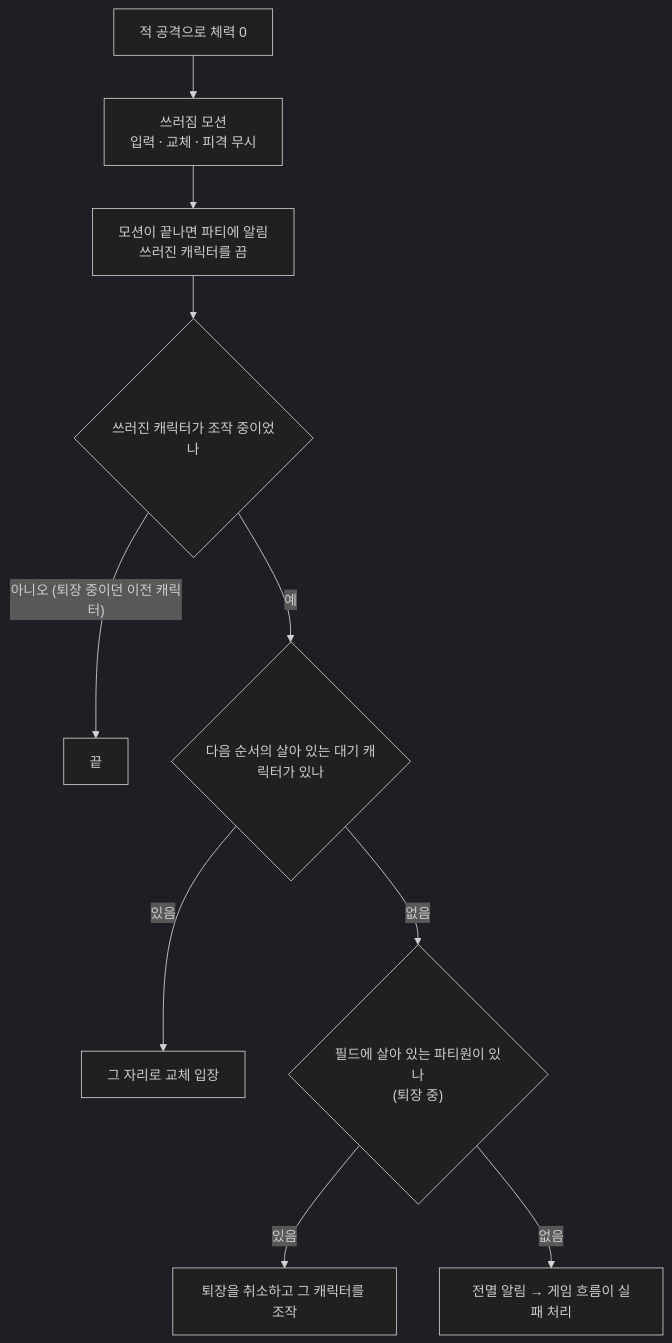
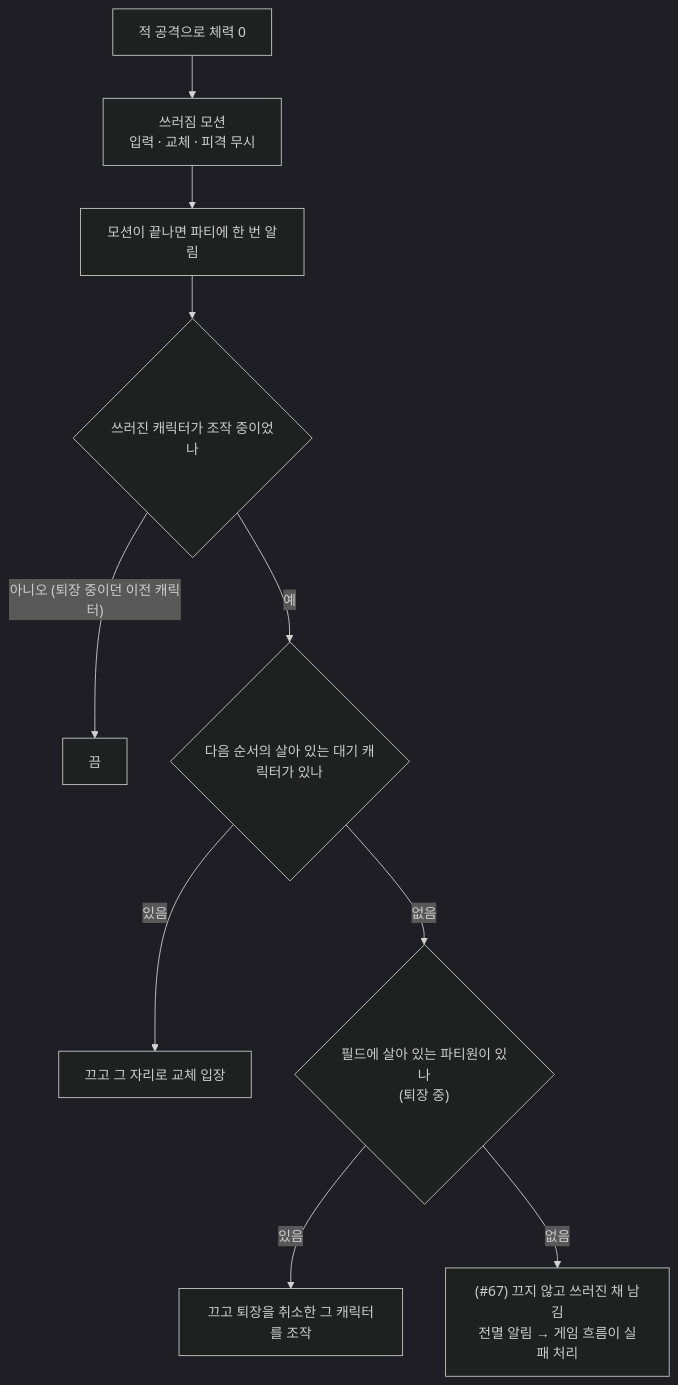
The fourth of 5 diagrams in Docs/Technical/Player/PlayerParty.md (SquashPrince/Develrocket_mp15_HHH), drawn with Mermaid (dark theme) before and after one commit. The commit also changed other lines of this file and 10 other files, not shown here.

````diff
--- a/Docs/Technical/Player/PlayerParty.md
+++ b/Docs/Technical/Player/PlayerParty.md
@@ -98,12 +98,12 @@
 ```mermaid
 flowchart TD
     H["적 공격으로 체력 0"] --> D["쓰러짐 모션<br>입력 · 교체 · 피격 무시"]
-    D --> E["모션이 끝나면 파티에 알림<br>쓰러진 캐릭터를 끔"]
+    D --> E["모션이 끝나면 파티에 한 번 알림"]
     E --> C{"쓰러진 캐릭터가 조작 중이었나"}
-    C -->|"아니오 (퇴장 중이던 이전 캐릭터)"| END["끝"]
+    C -->|"아니오 (퇴장 중이던 이전 캐릭터)"| END["끔"]
     C -->|"예"| S{"다음 순서의 살아 있는 대기 캐릭터가 있나"}
-    S -->|"있음"| IN["그 자리로 교체 입장"]
+    S -->|"있음"| IN["끄고 그 자리로 교체 입장"]
     S -->|"없음"| F{"필드에 살아 있는 파티원이 있나<br>(퇴장 중)"}
-    F -->|"있음"| CO["퇴장을 취소하고 그 캐릭터를 조작"]
-    F -->|"없음"| W["전멸 알림 → 게임 흐름이 실패 처리"]
+    F -->|"있음"| CO["끄고 퇴장을 취소한 그 캐릭터를 조작"]
+    F -->|"없음"| W["(#67) 끄지 않고 쓰러진 채 남김<br>전멸 알림 → 게임 흐름이 실패 처리"]
 ```
````
